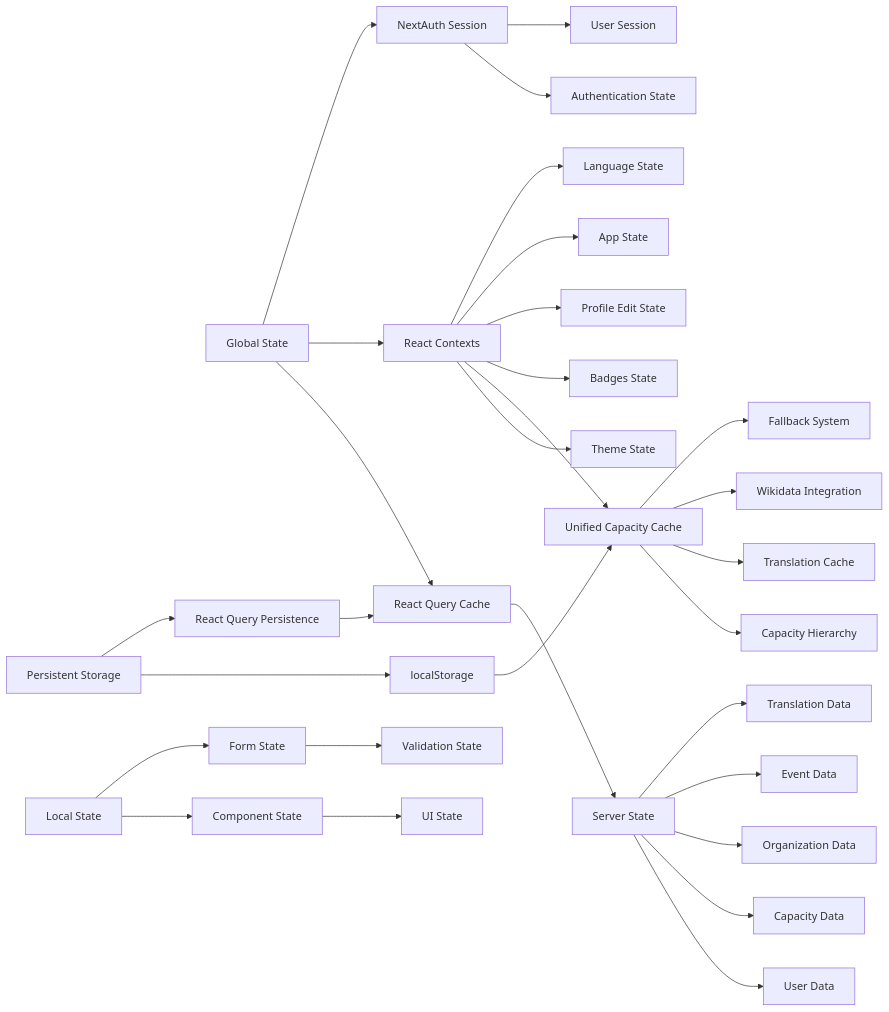
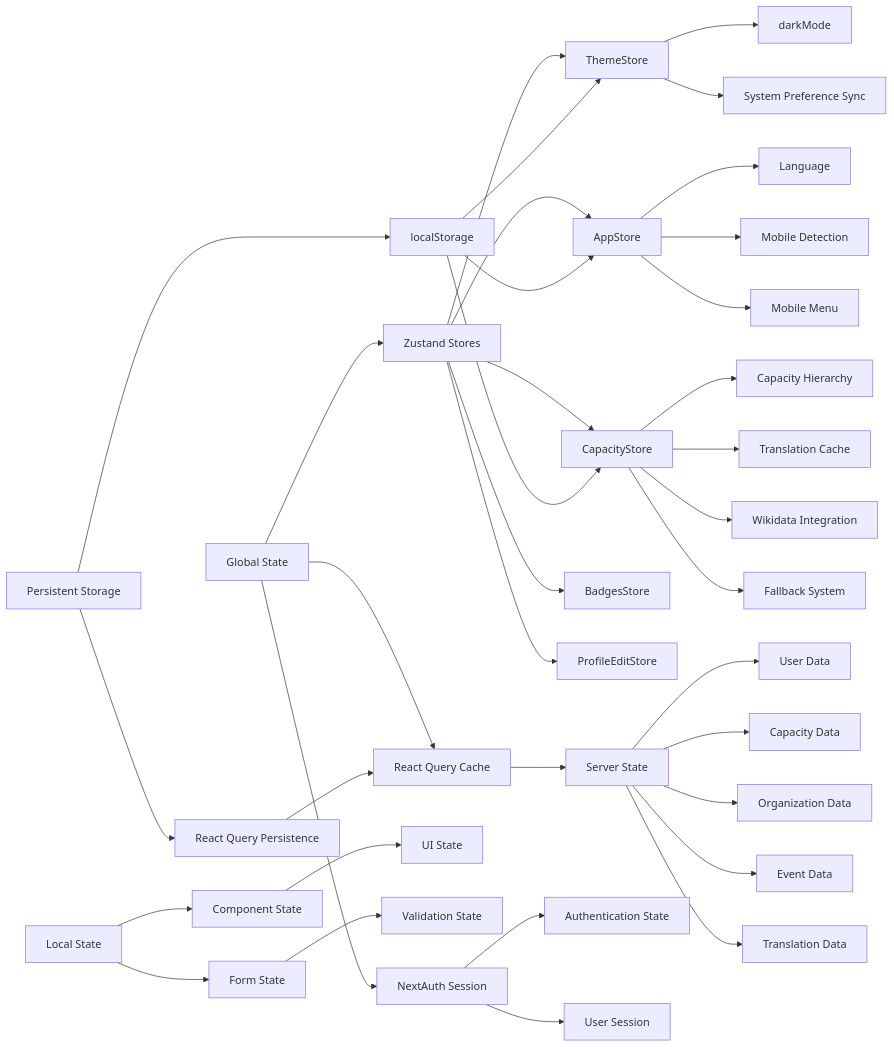
The third of 6 diagrams in README.md (wikimediabrasil/capx-frontend), drawn with Mermaid before and after one commit. The commit also changed other lines of this file, not shown here.

````diff
--- a/README.md
+++ b/README.md
@@ -386,38 +404,46 @@
 ```mermaid
 graph LR
     A[Global State] --> B[React Query Cache]
-    A --> C[React Contexts]
+    A --> C[Zustand Stores]
     A --> D[NextAuth Session]
 
     B --> E[Server State]
     E --> F[User Data]
     E --> G[Capacity Data]
     E --> H[Organization Data]
     E --> I[Event Data]
     E --> J[Translation Data]
 
-    C --> K[Theme State]
-    C --> L[Unified Capacity Cache]
-    C --> M[Badges State]
-    C --> N[Profile Edit State]
-    C --> O[App State]
-    C --> P[Language State]
+    C --> K[ThemeStore]
+    C --> L[CapacityStore]
+    C --> M[BadgesStore]
+    C --> N[ProfileEditStore]
+    C --> O[AppStore]
+
+    K --> K1[darkMode]
+    K --> K2[System Preference Sync]
 
     L --> Q[Capacity Hierarchy]
     L --> R[Translation Cache]
     L --> S[Wikidata Integration]
     L --> T[Fallback System]
+
+    O --> O1[Language]
+    O --> O2[Mobile Detection]
+    O --> O3[Mobile Menu]
 
     D --> U[Authentication State]
     D --> V[User Session]
 
     W[Local State] --> X[Component State]
     W --> Y[Form State]
     X --> Z[UI State]
     Y --> AA[Validation State]
 
     BB[Persistent Storage] --> CC[localStorage]
+    CC --> K
+    CC --> O
     CC --> L
     BB --> DD[React Query Persistence]
     DD --> B
 ```
````
